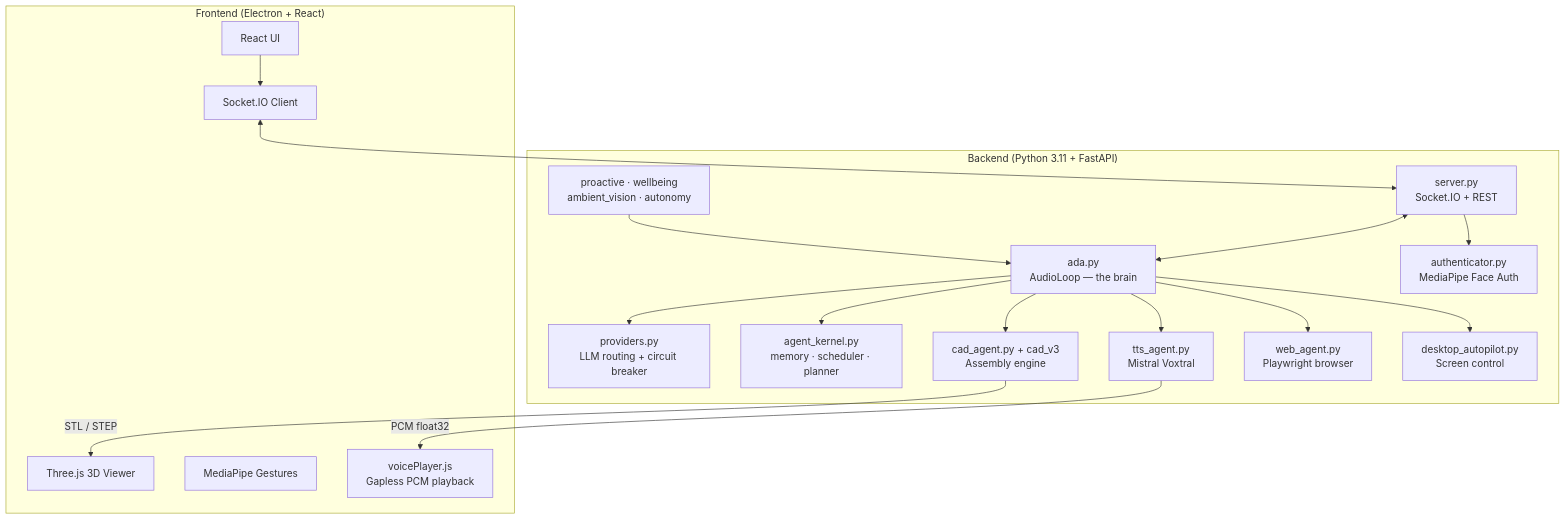
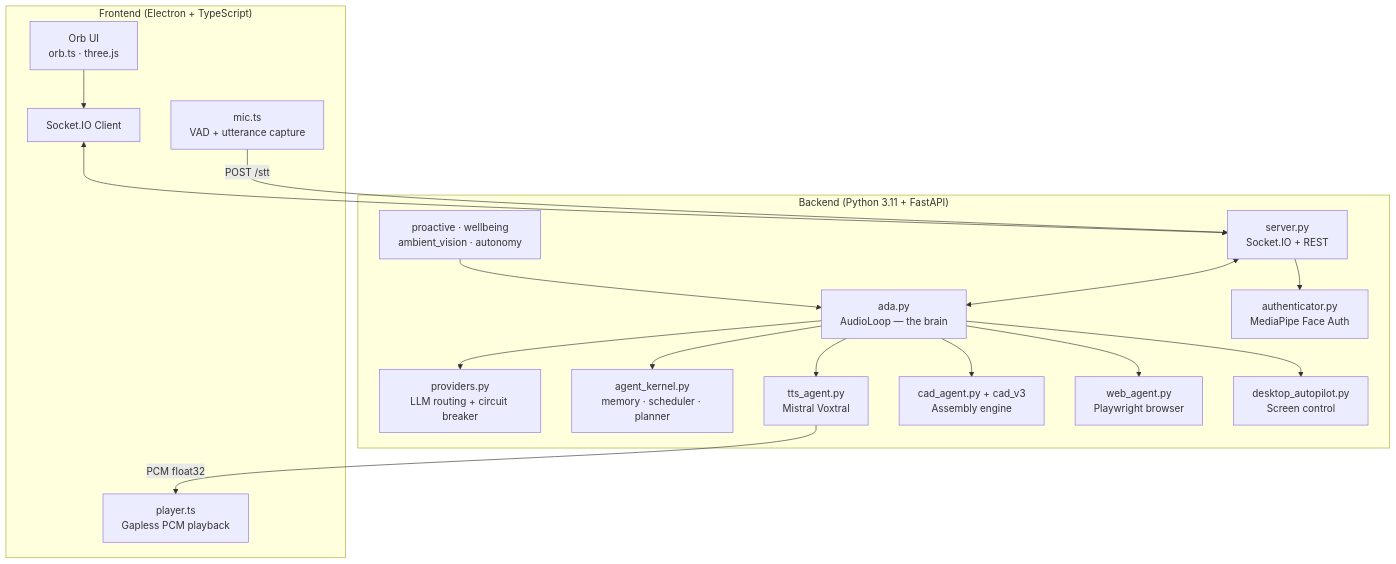
The diagram in README.md (yashkendidex-bit/ada-v2), drawn with Mermaid before and after one commit. The commit also changed other lines of this file and 39 other files, not shown here.

First line of the commit message:
Replace React GUI with orb interface derived from JARVIS

````diff
--- a/README.md
+++ b/README.md
@@ -51,37 +39,36 @@
 ```mermaid
 graph TB
-    subgraph Frontend ["Frontend (Electron + React)"]
-        UI[React UI]
-        THREE[Three.js 3D Viewer]
-        GESTURE[MediaPipe Gestures]
+    subgraph Frontend ["Frontend (Electron + TypeScript)"]
+        UI[Orb UI<br/>orb.ts · three.js]
+        MIC[mic.ts<br/>VAD + utterance capture]
         SOCKET_C[Socket.IO Client]
-        VOICE[voicePlayer.js<br/>Gapless PCM playback]
+        VOICE[player.ts<br/>Gapless PCM playback]
     end
     
     subgraph Backend ["Backend (Python 3.11 + FastAPI)"]
         SERVER[server.py<br/>Socket.IO + REST]
         ADA[ada.py<br/>AudioLoop — the brain]
         PROVIDERS[providers.py<br/>LLM routing + circuit breaker]
         KERNEL[agent_kernel.py<br/>memory · scheduler · planner]
         TTS[tts_agent.py<br/>Mistral Voxtral]
         CAD[cad_agent.py + cad_v3<br/>Assembly engine]
         WEB[web_agent.py<br/>Playwright browser]
         AUTO[desktop_autopilot.py<br/>Screen control]
         AUTH[authenticator.py<br/>MediaPipe Face Auth]
         AMBIENT[proactive · wellbeing<br/>ambient_vision · autonomy]
     end
     
     UI --> SOCKET_C
+    MIC -->|POST /stt| SERVER
     SOCKET_C <--> SERVER
     SERVER <--> ADA
     ADA --> PROVIDERS
     ADA --> KERNEL
     ADA --> CAD
     ADA --> WEB
     ADA --> AUTO
     ADA --> TTS
     AMBIENT --> ADA
     SERVER --> AUTH
     TTS -->|PCM float32| VOICE
-    CAD -->|STL / STEP| THREE
 ```
````
